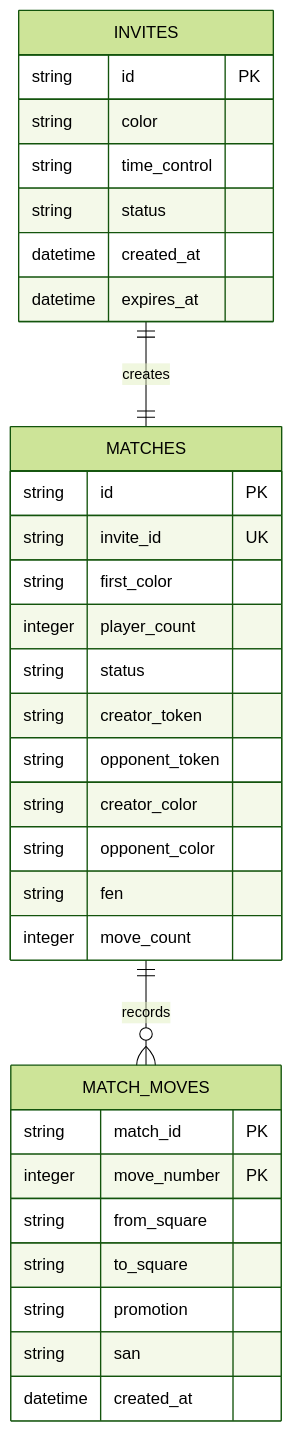
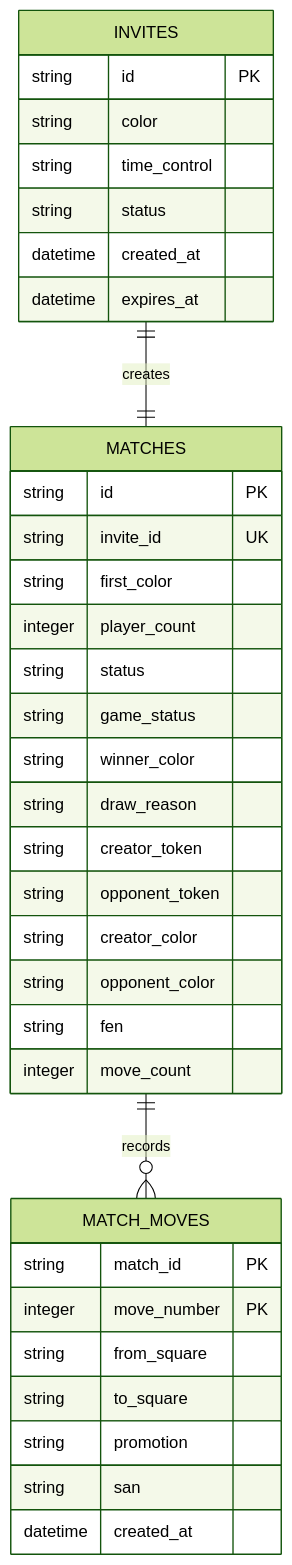
Before and after one commit to W1llbam/first-frontend-chess: the diagram in docs/data-model.md, drawn with Mermaid (forest theme). The commit also changed other lines of this file and 16 other files, not shown here.

````diff
--- a/docs/data-model.md
+++ b/docs/data-model.md
@@ -19,38 +19,41 @@
 ```mermaid
 erDiagram
     INVITES ||--|| MATCHES : creates
     MATCHES ||--o{ MATCH_MOVES : records
 
     INVITES {
         string id PK
         string color
         string time_control
         string status
         datetime created_at
         datetime expires_at
     }
 
     MATCHES {
         string id PK
         string invite_id UK
         string first_color
         integer player_count
         string status
+        string game_status
+        string winner_color
+        string draw_reason
         string creator_token
         string opponent_token
         string creator_color
         string opponent_color
         string fen
         integer move_count
     }
 
     MATCH_MOVES {
         string match_id PK
         integer move_number PK
         string from_square
         string to_square
         string promotion
         string san
         datetime created_at
     }
 ```
````
